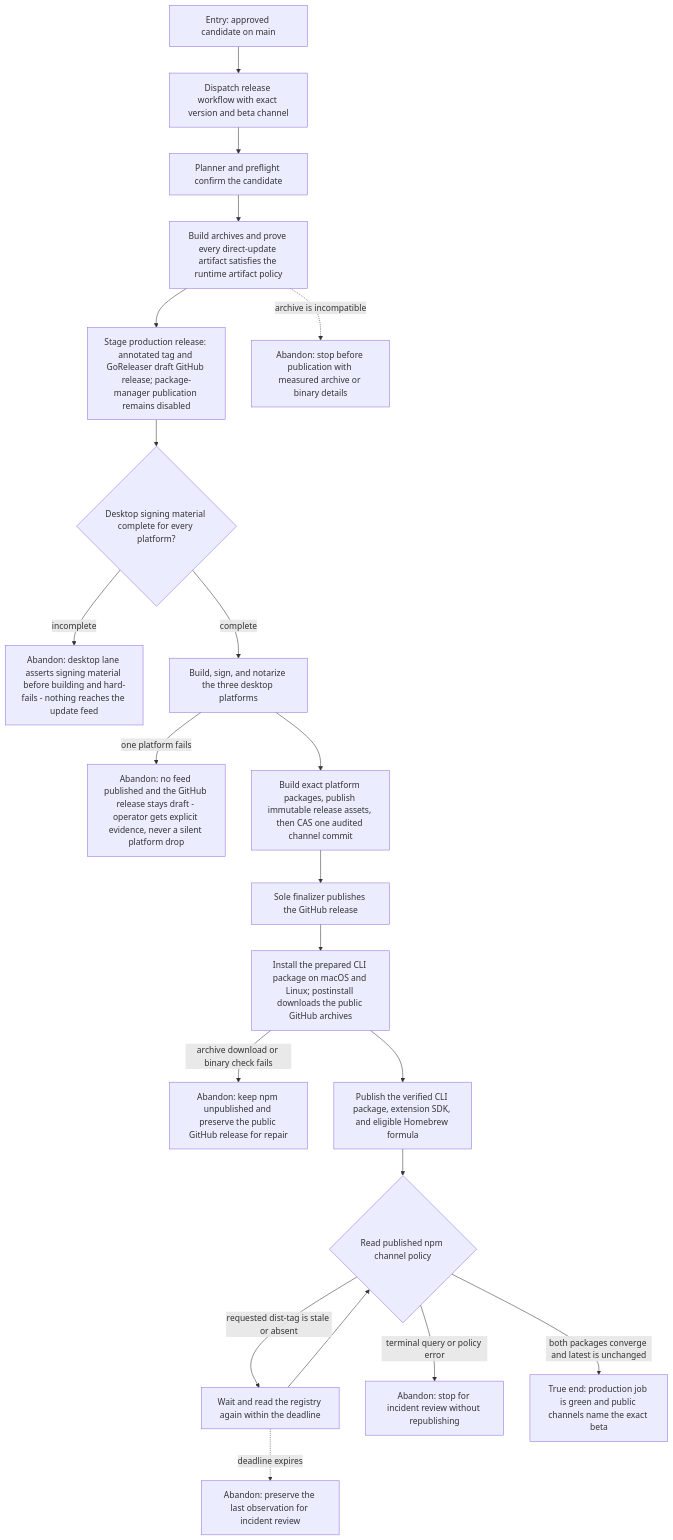
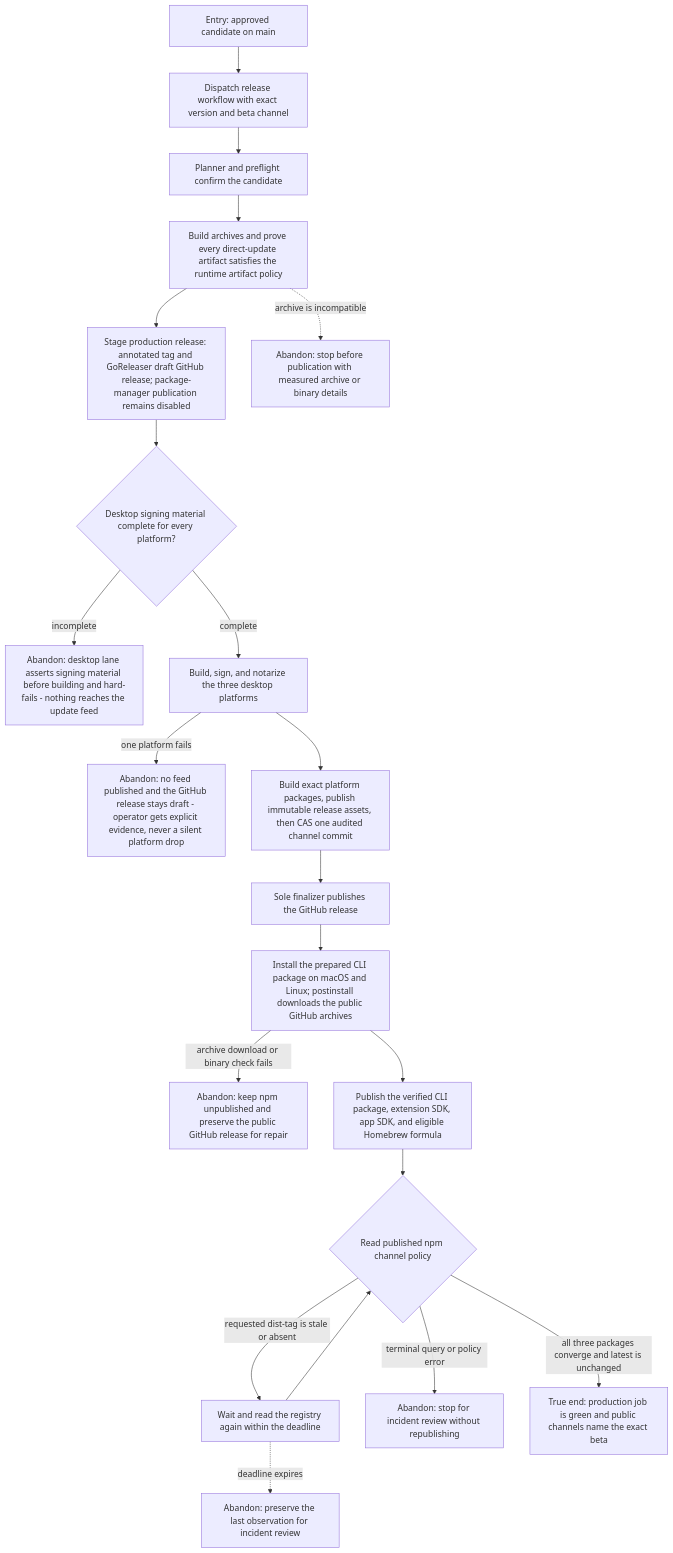
One commit to compozy/compozy changed the diagram in docs/qa/journeys/J-publish-compozy-beta.md. Above: the diagram before and after it, drawn with Mermaid. The commit also changed other lines of this file and 371 other files, not shown here.

````diff
--- a/docs/qa/journeys/J-publish-compozy-beta.md
+++ b/docs/qa/journeys/J-publish-compozy-beta.md
@@ -3,23 +3,23 @@
 ```mermaid
 flowchart TD
     A[Entry: approved candidate on main] --> B[Dispatch release workflow with exact version and beta channel]
     B --> C[Planner and preflight confirm the candidate]
     C --> C0[Build archives and prove every direct-update artifact satisfies the runtime artifact policy]
     C0 --> D0[Stage production release: annotated tag and GoReleaser draft GitHub release; package-manager publication remains disabled]
     C0 -.->|archive is incompatible| X0[Abandon: stop before publication with measured archive or binary details]
     D0 --> C1{Desktop signing material complete for every platform?}
     C1 -->|incomplete| X3[Abandon: desktop lane asserts signing material before building and hard-fails - nothing reaches the update feed]
     C1 -->|complete| C2[Build, sign, and notarize the three desktop platforms]
     C2 -->|one platform fails| X4[Abandon: no feed published and the GitHub release stays draft - operator gets explicit evidence, never a silent platform drop]
     C2 --> C3[Build exact platform packages, publish immutable release assets, then CAS one audited channel commit]
     C3 --> D[Sole finalizer publishes the GitHub release]
     D --> D1[Install the prepared CLI package on macOS and Linux; postinstall downloads the public GitHub archives]
     D1 -->|archive download or binary check fails| X5[Abandon: keep npm unpublished and preserve the public GitHub release for repair]
-    D1 --> D2[Publish the verified CLI package, extension SDK, and eligible Homebrew formula]
+    D1 --> D2[Publish the verified CLI package, extension SDK, app SDK, and eligible Homebrew formula]
     D2 --> E{Read published npm channel policy}
     E -->|requested dist-tag is stale or absent| F[Wait and read the registry again within the deadline]
     F --> E
     E -->|terminal query or policy error| X1[Abandon: stop for incident review without republishing]
-    E -->|both packages converge and latest is unchanged| G[True end: production job is green and public channels name the exact beta]
+    E -->|all three packages converge and latest is unchanged| G[True end: production job is green and public channels name the exact beta]
     F -.->|deadline expires| X2[Abandon: preserve the last observation for incident review]
 ```
````
